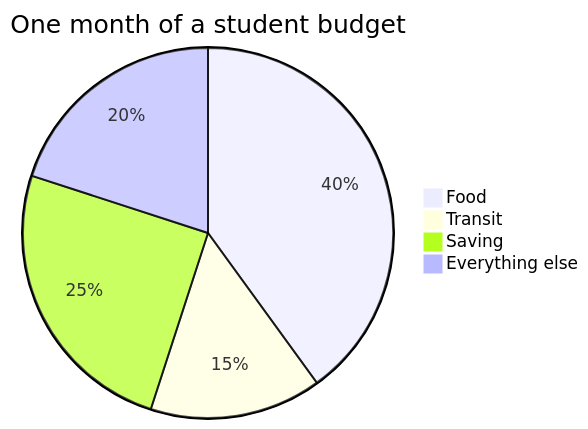
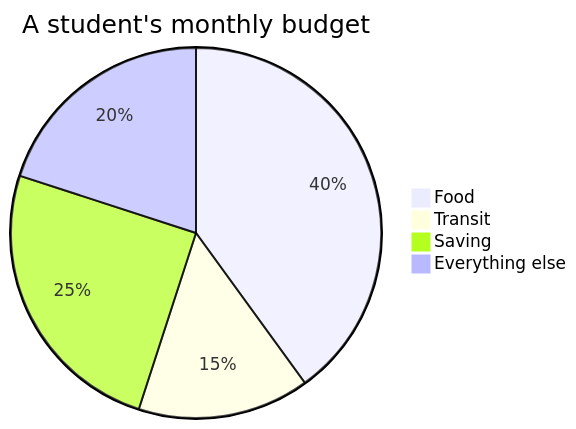
Before and after one commit to russellgordon/containerized-quartz-for-teachers: the second of 3 diagrams in support/example_content/MPM2D/shared/Style/What This Site Can Do.md, drawn with Mermaid. The commit also changed 31 other files, not shown here.

First line of the commit message:
Pie titles fit the chart mermaid actually draws

````diff
--- a/support/example_content/MPM2D/shared/Style/What This Site Can Do.md
+++ b/support/example_content/MPM2D/shared/Style/What This Site Can Do.md
@@ -183,7 +183,7 @@
 ```mermaid
-pie title One month of a student budget
+pie title A student's monthly budget
     "Food" : 40
     "Transit" : 15
     "Saving" : 25
     "Everything else" : 20
 ```
````
